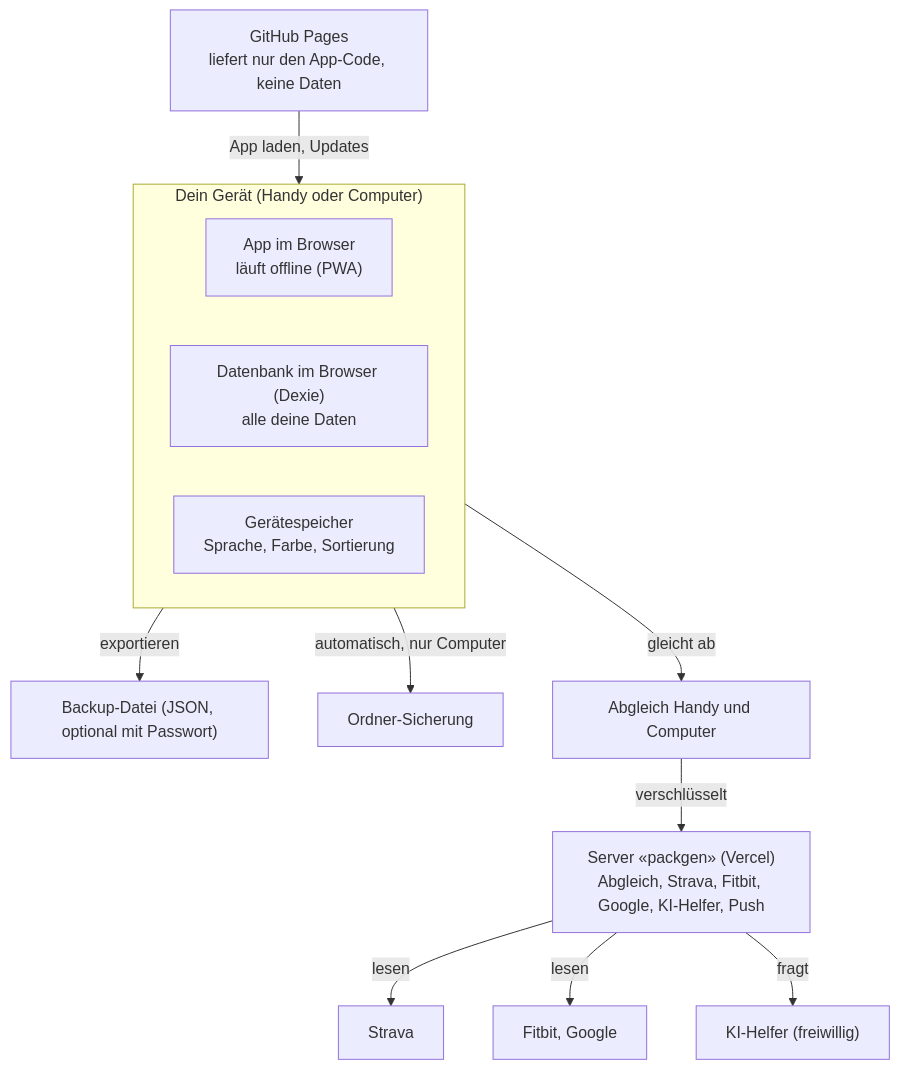
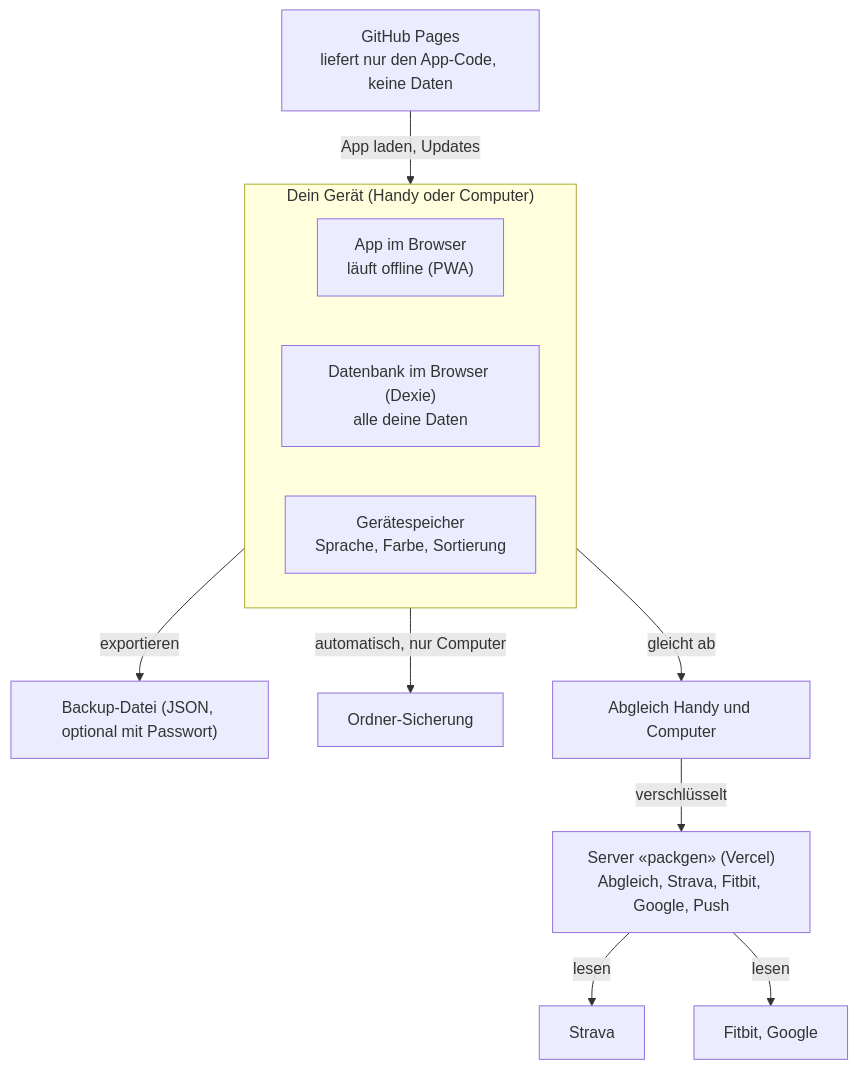
Before and after one commit to noahdolmetsch-af/packgenerator: the third of 3 diagrams in docs/aufbau.md, drawn with Mermaid. The commit also changed other lines of this file and 26 other files, not shown here.

````diff
--- a/docs/aufbau.md
+++ b/docs/aufbau.md
@@ -137,16 +137,15 @@
 ```mermaid
 flowchart TD
   GP["GitHub Pages<br/>liefert nur den App-Code, keine Daten"] -->|App laden, Updates| Dev
   subgraph Dev["Dein Gerät (Handy oder Computer)"]
     A["App im Browser<br/>läuft offline (PWA)"]
     DB["Datenbank im Browser (Dexie)<br/>alle deine Daten"]
     LS["Gerätespeicher<br/>Sprache, Farbe, Sortierung"]
   end
   Dev -->|exportieren| B1["Backup-Datei (JSON, optional mit Passwort)"]
   Dev -->|automatisch, nur Computer| B2["Ordner-Sicherung"]
   Dev -->|gleicht ab| B3["Abgleich Handy und Computer"]
-  B3 -->|verschlüsselt| SV["Server «packgen» (Vercel)<br/>Abgleich, Strava, Fitbit, Google, KI-Helfer, Push"]
+  B3 -->|verschlüsselt| SV["Server «packgen» (Vercel)<br/>Abgleich, Strava, Fitbit, Google, Push"]
   SV -->|lesen| ST["Strava"]
   SV -->|lesen| FB["Fitbit, Google"]
-  SV -->|fragt| KI["KI-Helfer (freiwillig)"]
 ```
````
